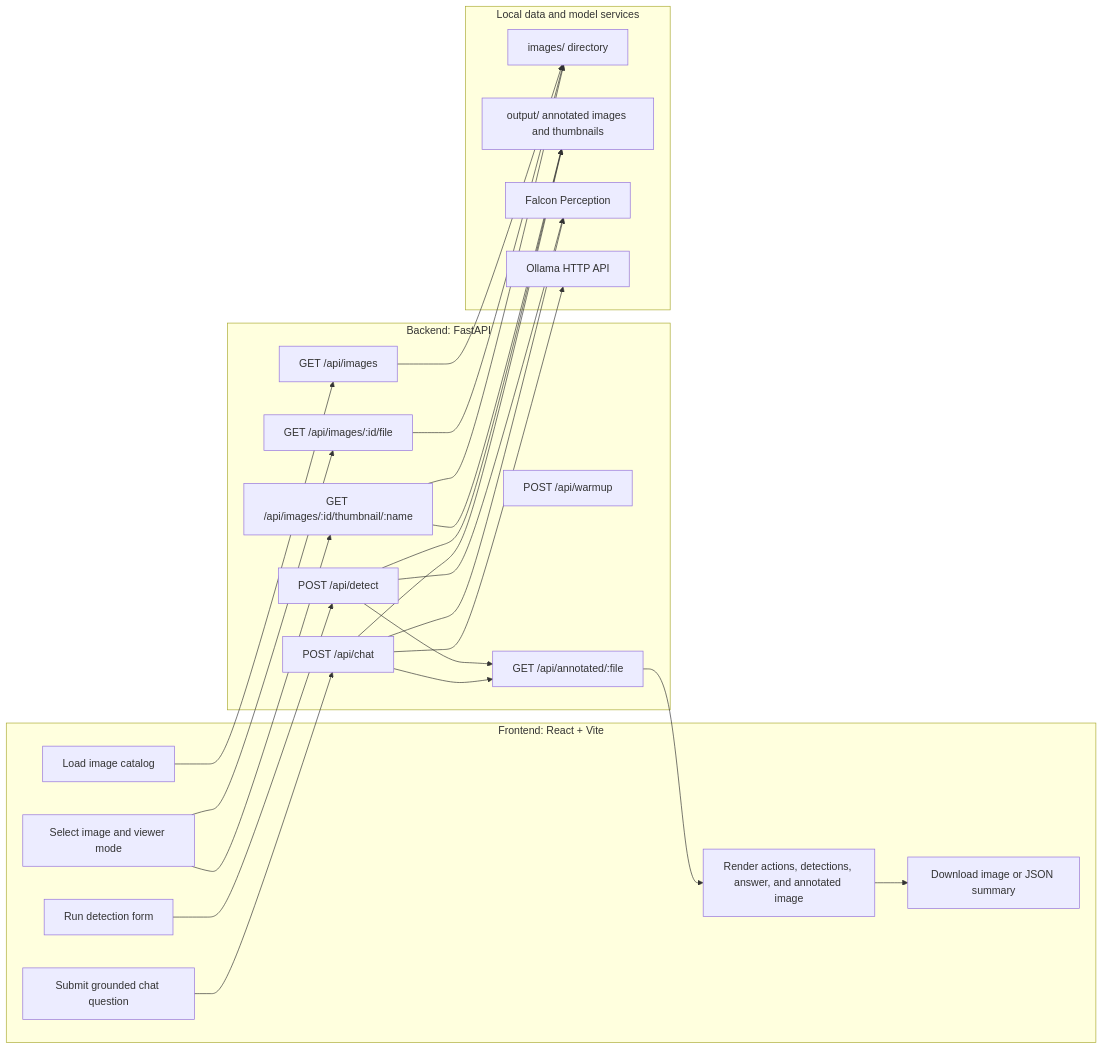
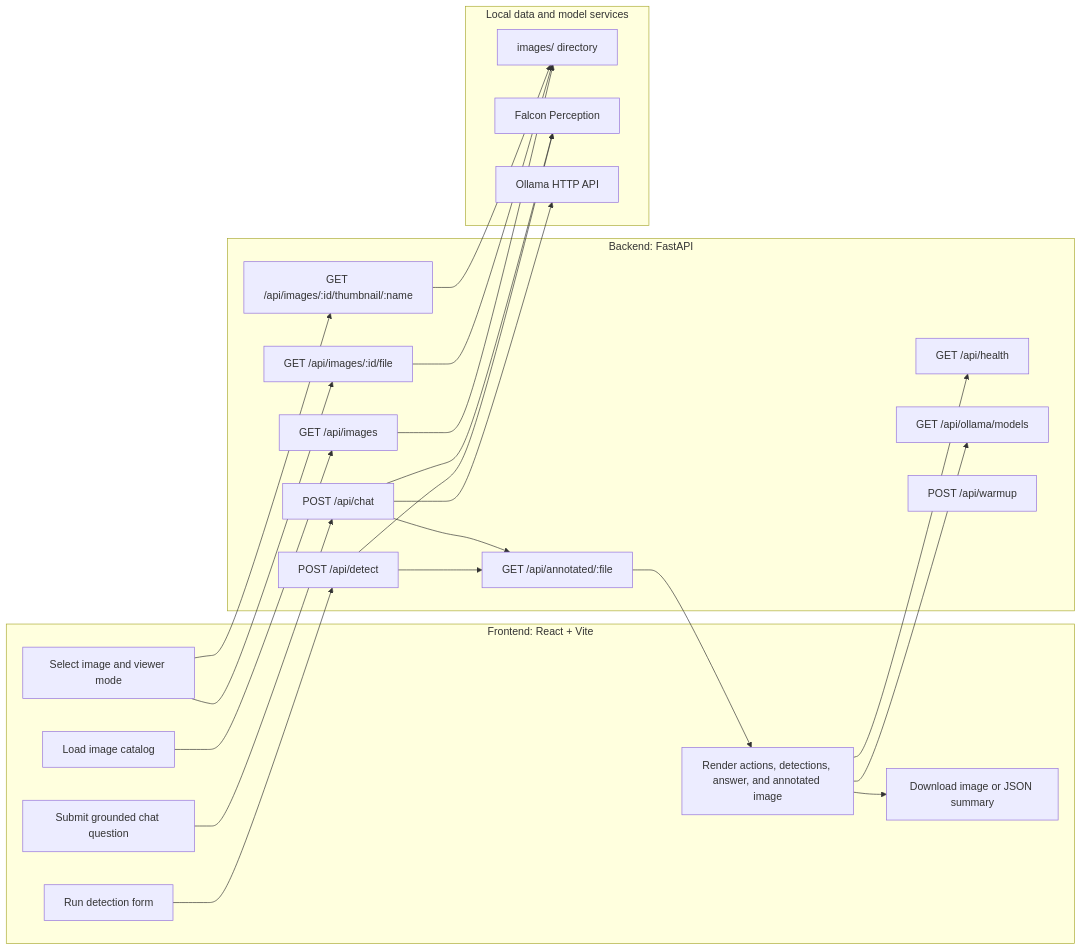
Before and after one commit to jepierre/visionai: the first of 3 diagrams in docs/agentic-workflow.md, drawn with Mermaid. The commit also changed other lines of this file and 1 other file, not shown here.

Commit message:
feat: update PLAN.md and agentic-workflow.md for improved clarity on model usage and API endpoints

````diff
--- a/docs/agentic-workflow.md
+++ b/docs/agentic-workflow.md
@@ -7,48 +7,48 @@
 ```mermaid
 flowchart LR
     subgraph FE[Frontend: React + Vite]
         Gallery[Load image catalog]
         Viewer[Select image and viewer mode]
         DetectForm[Run detection form]
         ChatForm[Submit grounded chat question]
         Results[Render actions, detections, answer, and annotated image]
         Export[Download image or JSON summary]
     end
 
     subgraph BE[Backend: FastAPI]
         ImagesAPI[GET /api/images]
         ImageFile[GET /api/images/:id/file]
         ThumbAPI[GET /api/images/:id/thumbnail/:name]
+        HealthAPI[GET /api/health]
+        ModelsAPI[GET /api/ollama/models]
         DetectAPI[POST /api/detect]
         ChatAPI[POST /api/chat]
         WarmupAPI[POST /api/warmup]
         AnnotatedAPI[GET /api/annotated/:file]
     end
 
     subgraph Data[Local data and model services]
         ImagesDir[images/ directory]
-        OutputDir[output/ annotated images and thumbnails]
         Falcon[Falcon Perception]
         Ollama[Ollama HTTP API]
     end
 
     Gallery --> ImagesAPI
+    Results --> HealthAPI
+    Results --> ModelsAPI
     Viewer --> ImageFile
     Viewer --> ThumbAPI
     DetectForm --> DetectAPI
     ChatForm --> ChatAPI
     DetectAPI --> AnnotatedAPI
     ChatAPI --> AnnotatedAPI
     AnnotatedAPI --> Results
     Results --> Export
 
     ImagesAPI --> ImagesDir
     ImageFile --> ImagesDir
     ThumbAPI --> ImagesDir
-    ThumbAPI --> OutputDir
     DetectAPI --> Falcon
-    DetectAPI --> OutputDir
     ChatAPI --> Falcon
     ChatAPI --> Ollama
-    ChatAPI --> OutputDir
 ```
````
